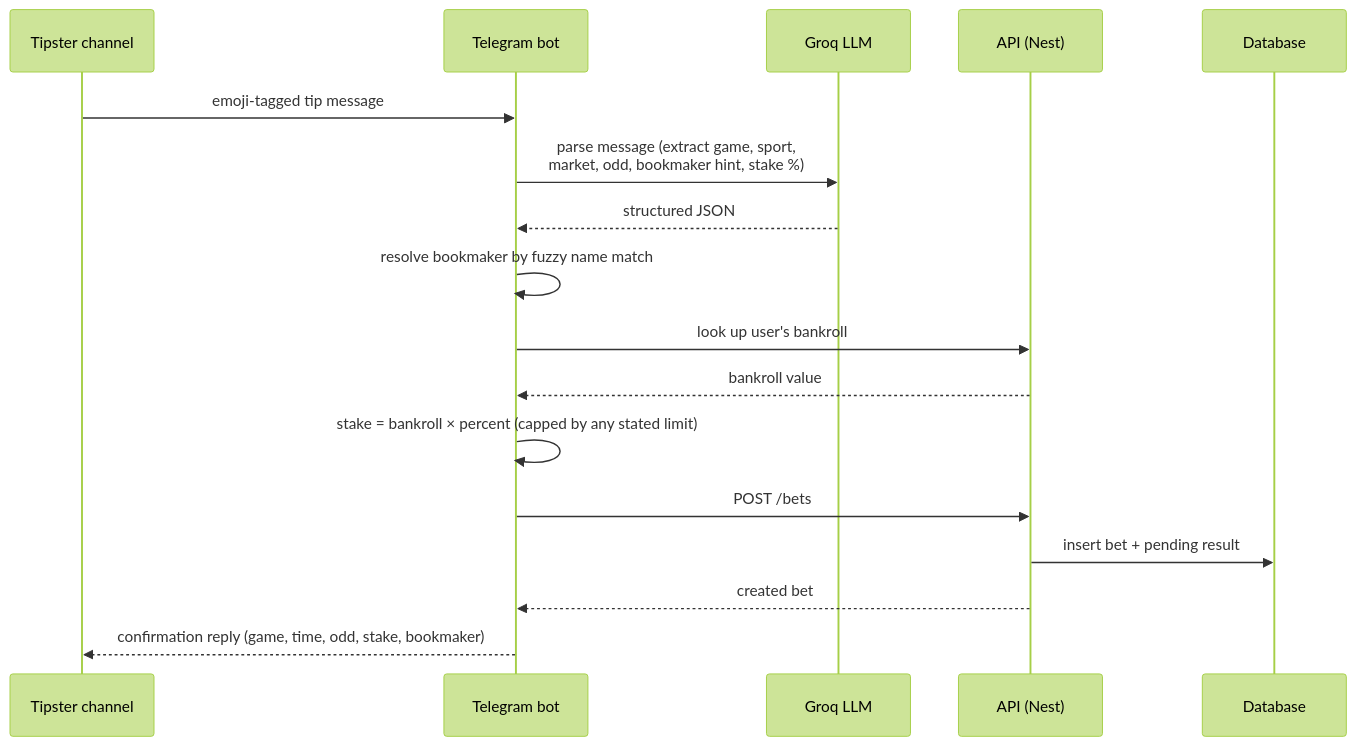
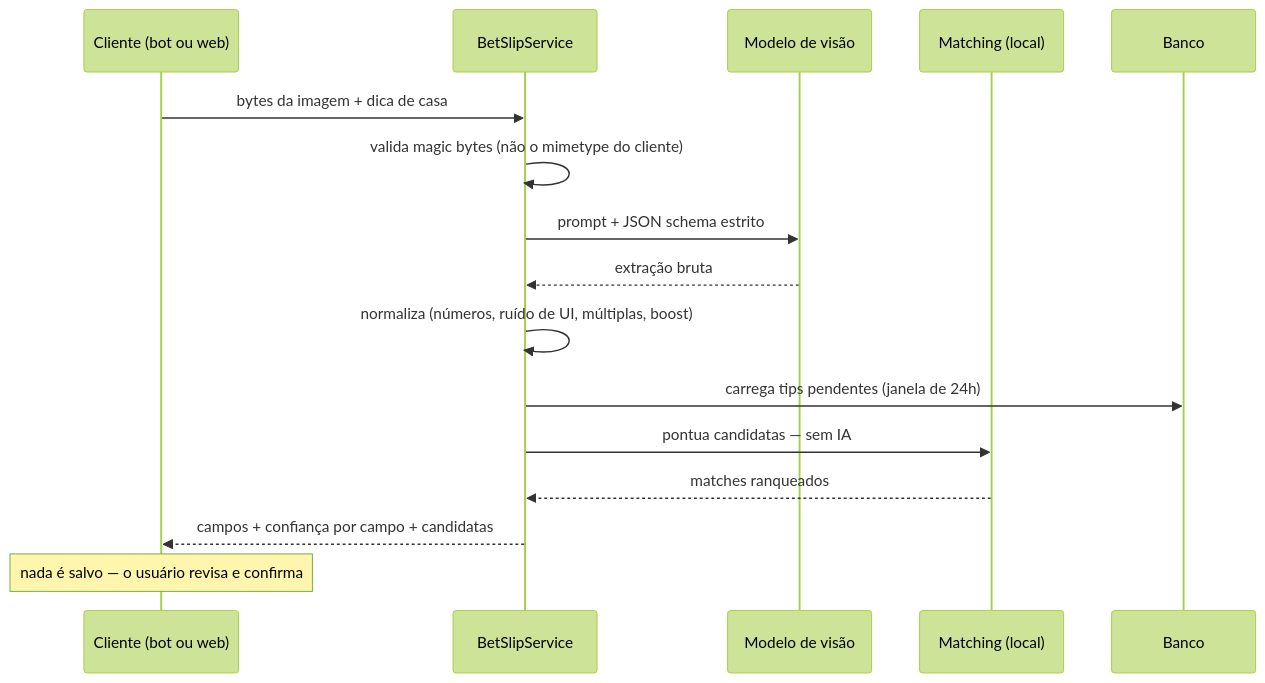
One commit to BrunoPerioto1/stsbackend changed the second of 2 diagrams in README.md. Above: the diagram before and after it, drawn with Mermaid (forest theme). The commit also changed other lines of this file and 1 other file, not shown here.

Commit message:
feat(docs): add operational notes for Telegram bot webhook and logging

````diff
--- a/README.md
+++ b/README.md
@@ -61,20 +129,19 @@
 ```mermaid
 sequenceDiagram
-    participant T as Tipster channel
-    participant B as Telegram bot
-    participant G as Groq LLM
-    participant A as API (Nest)
-    participant D as Database
+    participant C as Cliente (bot ou web)
+    participant S as BetSlipService
+    participant AI as Modelo de visão
+    participant M as Matching (local)
+    participant D as Banco
 
-    T->>B: emoji-tagged tip message
-    B->>G: parse message (extract game, sport,<br/>market, odd, bookmaker hint, stake %)
-    G-->>B: structured JSON
-    B->>B: resolve bookmaker by fuzzy name match
-    B->>A: look up user's bankroll
-    A-->>B: bankroll value
-    B->>B: stake = bankroll × percent (capped by any stated limit)
-    B->>A: POST /bets
-    A->>D: insert bet + pending result
-    A-->>B: created bet
-    B-->>T: confirmation reply (game, time, odd, stake, bookmaker)
+    C->>S: bytes da imagem + dica de casa
+    S->>S: valida magic bytes (não o mimetype do cliente)
+    S->>AI: prompt + JSON schema estrito
+    AI-->>S: extração bruta
+    S->>S: normaliza (números, ruído de UI, múltiplas, boost)
+    S->>D: carrega tips pendentes (janela de 24h)
+    S->>M: pontua candidatas — sem IA
+    M-->>S: matches ranqueados
+    S-->>C: campos + confiança por campo + candidatas
+    Note over C: nada é salvo — o usuário revisa e confirma
 ```
````
